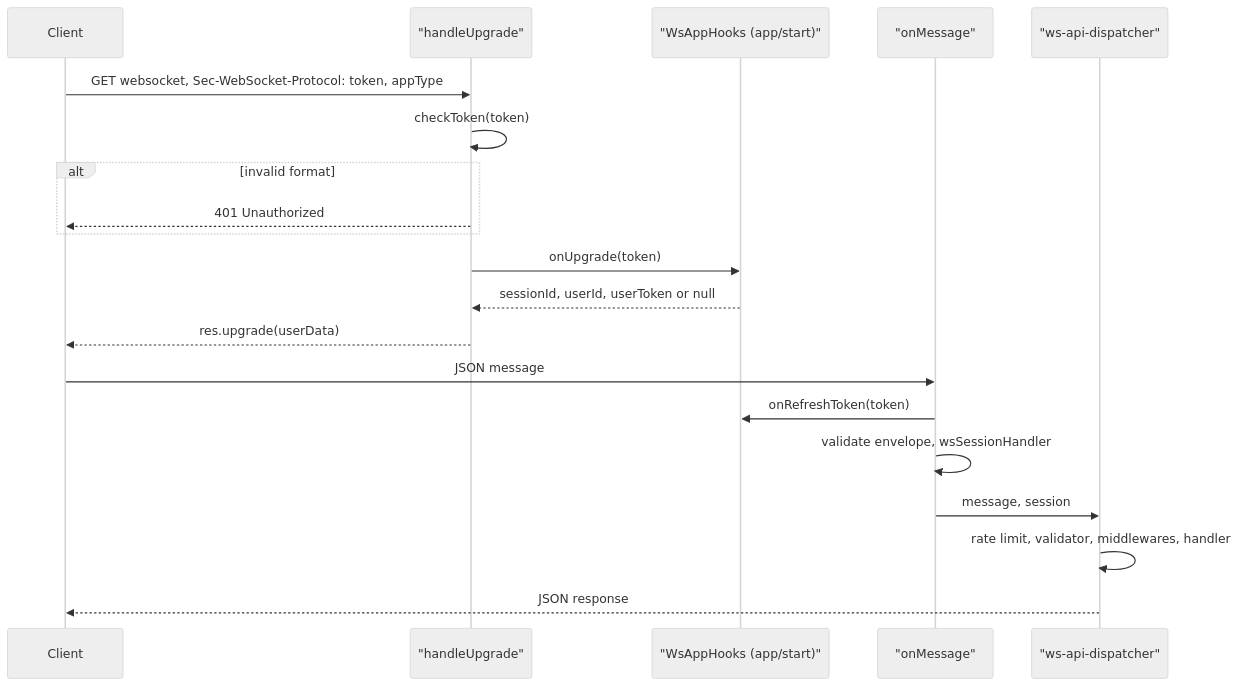
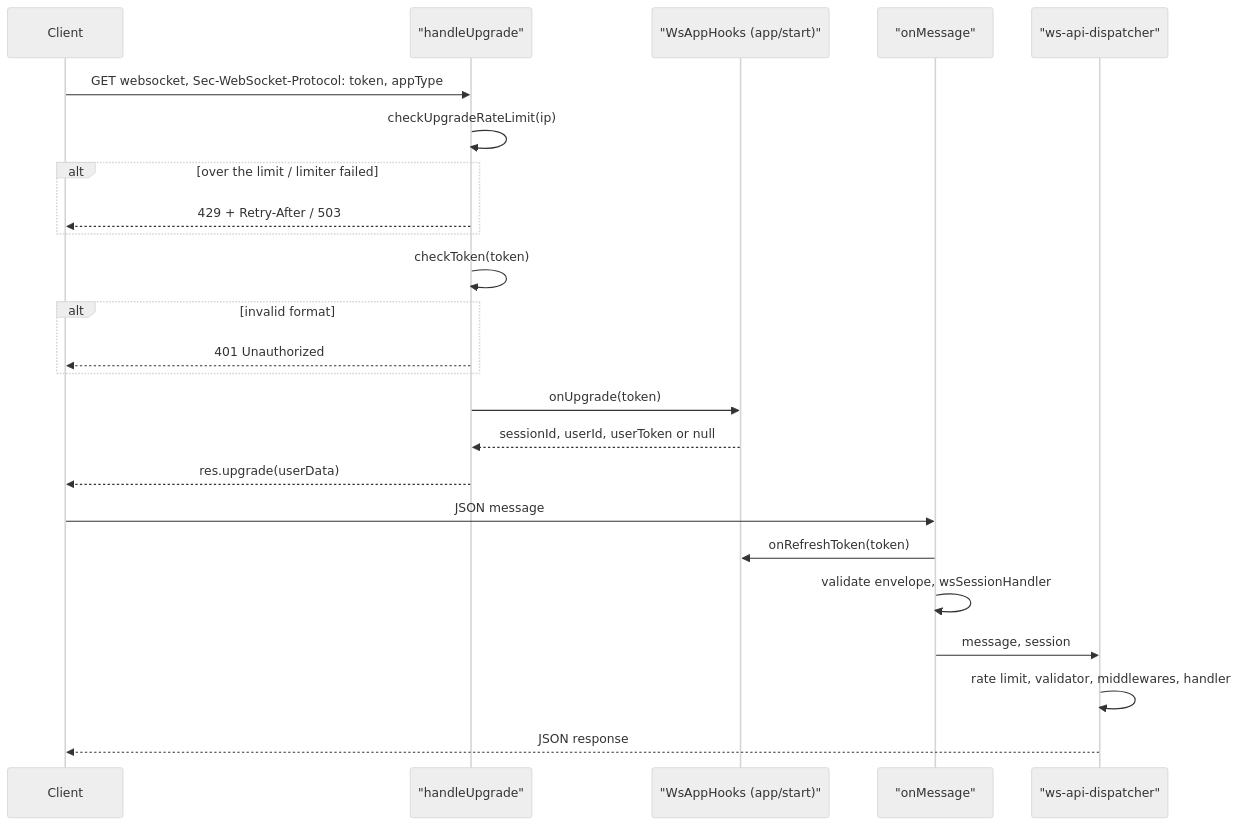
The second of 2 diagrams in documentation/backend/request-lifecycle.md (Blazheiko/itvibe-template), drawn with Mermaid (neutral theme) before and after one commit. The commit also changed other lines of this file and 5 other files, not shown here.

First line of the commit message:
Align rate-limit docs with the code

````diff
--- a/documentation/backend/request-lifecycle.md
+++ b/documentation/backend/request-lifecycle.md
@@ -104,22 +104,26 @@
 ```mermaid
 sequenceDiagram
   participant Client
   participant U as "handleUpgrade"
   participant Hooks as "WsAppHooks (app/start)"
   participant M as "onMessage"
   participant D as "ws-api-dispatcher"
   Client->>U: GET websocket, Sec-WebSocket-Protocol: token, appType
+  U->>U: checkUpgradeRateLimit(ip)
+  alt over the limit / limiter failed
+    U-->>Client: 429 + Retry-After / 503
+  end
   U->>U: checkToken(token)
   alt invalid format
     U-->>Client: 401 Unauthorized
   end
   U->>Hooks: onUpgrade(token)
   Hooks-->>U: sessionId, userId, userToken or null
   U-->>Client: res.upgrade(userData)
   Client->>M: JSON message
   M->>Hooks: onRefreshToken(token)
   M->>M: validate envelope, wsSessionHandler
   M->>D: message, session
   D->>D: rate limit, validator, middlewares, handler
   D-->>Client: JSON response
 ```
````
